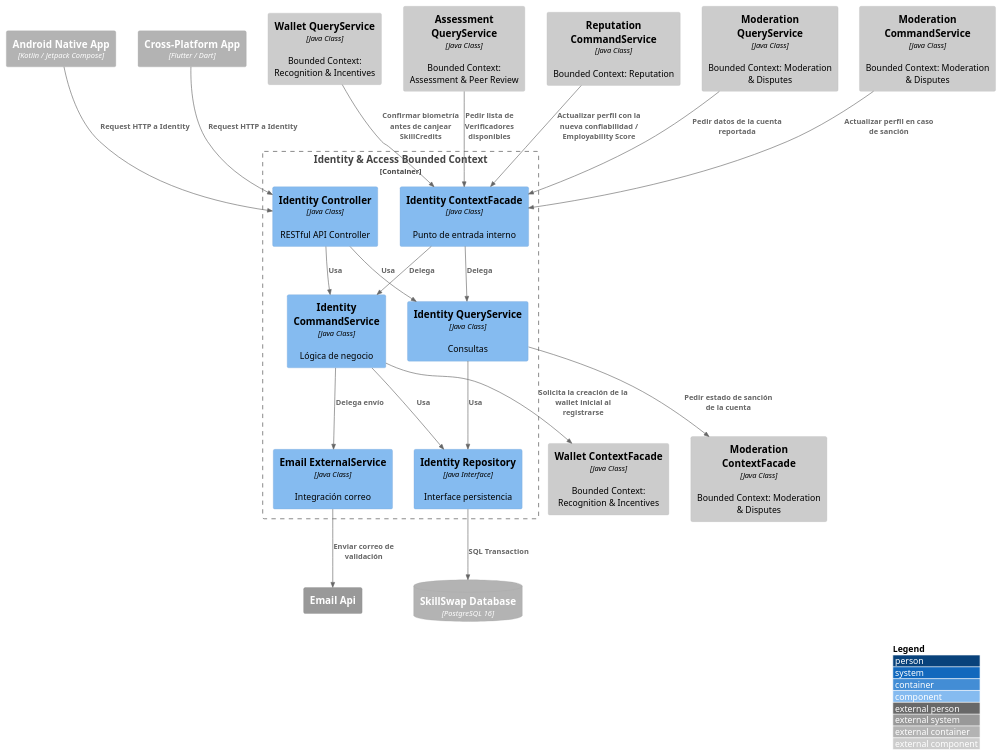
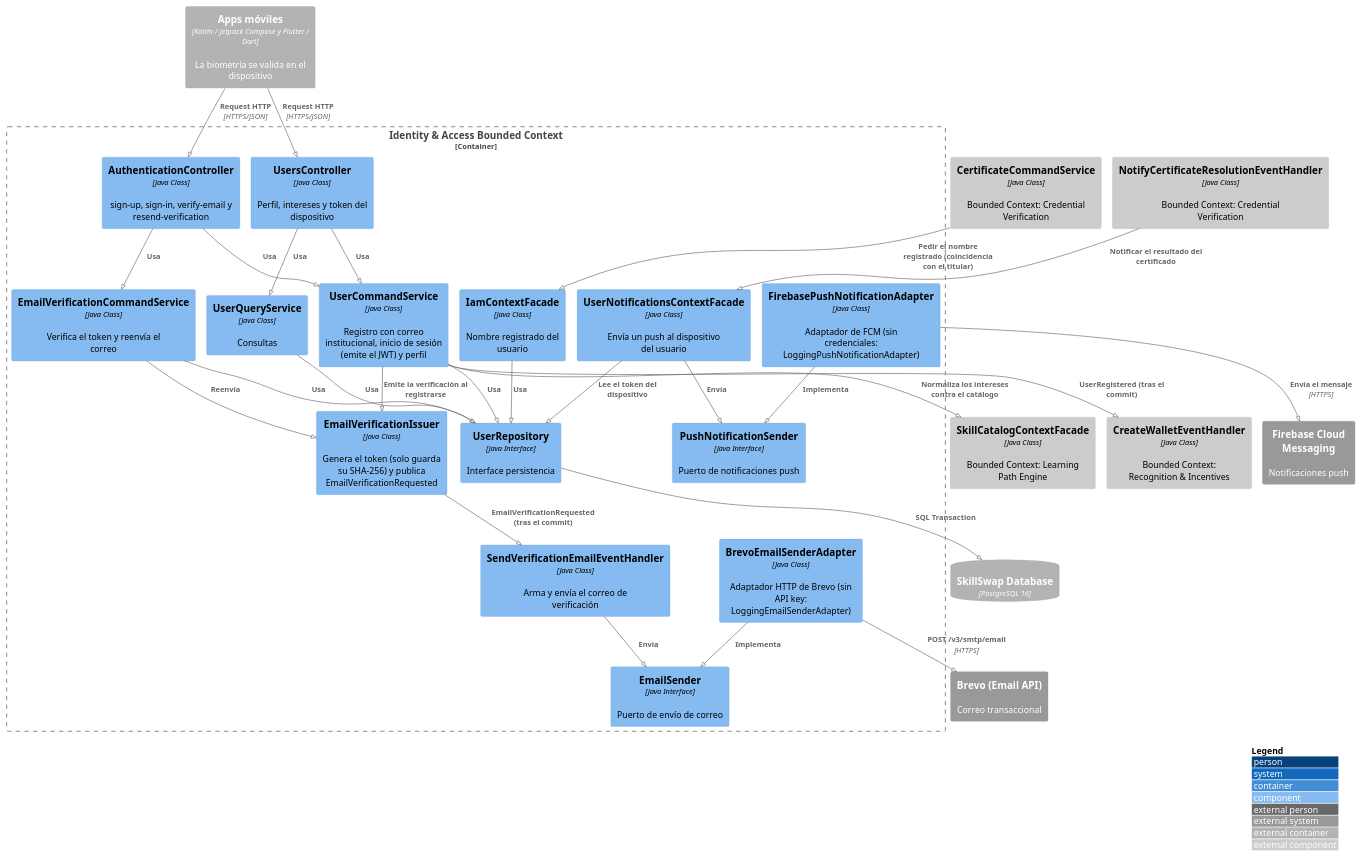
One commit to Aplicaciones-Dispositivos-Moviles/SkillSwap-ProjectReport changed the diagram in DB&C4/Component Diagram — Identity & Access.puml. Above: the diagram before and after it, drawn with PlantUML. The commit also changed 25 other files, not shown here.

First line of the commit message:
docs(images): regenerate C4, context map and component diagrams

```diff
--- a/DB&C4/Component Diagram — Identity & Access.puml
+++ b/DB&C4/Component Diagram — Identity & Access.puml
@@ -1,52 +1,66 @@
 @startuml IdentityComponent
+!pragma layout smetana
 !include https://raw.githubusercontent.com/plantuml-stdlib/C4-PlantUML/master/C4_Component.puml
 
 LAYOUT_WITH_LEGEND()
 
-Container_Ext(androidApp, "Android Native App", "Kotlin / Jetpack Compose")
-Container_Ext(flutterApp, "Cross-Platform App", "Flutter / Dart")
+Container_Ext(mobileApps, "Apps móviles", "Kotlin / Jetpack Compose y Flutter / Dart", "La biometría se valida en el dispositivo")
 ContainerDb_Ext(mainDB, "SkillSwap Database", "PostgreSQL 16")
-System_Ext(emailService, "Email Api")
+System_Ext(brevo, "Brevo (Email API)", "Correo transaccional")
+System_Ext(fcm, "Firebase Cloud Messaging", "Notificaciones push")
 
 Container_Boundary(identityBC, "Identity & Access Bounded Context") {
-    Component(identityController, "Identity Controller", "Java Class", "RESTful API Controller")
-    Component(identityCommandService, "Identity CommandService", "Java Class", "Lógica de negocio")
-    Component(identityQueryService, "Identity QueryService", "Java Class", "Consultas")
-    Component(identityRepository, "Identity Repository", "Java Interface", "Interface persistencia")
-    Component(emailExternal, "Email ExternalService", "Java Class", "Integración correo")
-    Component(identityContextFacade, "Identity ContextFacade", "Java Class", "Punto de entrada interno")
+    Component(authController, "AuthenticationController", "Java Class", "sign-up, sign-in, verify-email y resend-verification")
+    Component(usersController, "UsersController", "Java Class", "Perfil, intereses y token del dispositivo")
+    Component(userCommandService, "UserCommandService", "Java Class", "Registro con correo institucional, inicio de sesión (emite el JWT) y perfil")
+    Component(emailVerificationCommandService, "EmailVerificationCommandService", "Java Class", "Verifica el token y reenvía el correo")
+    Component(emailVerificationIssuer, "EmailVerificationIssuer", "Java Class", "Genera el token (solo guarda su SHA-256) y publica EmailVerificationRequested")
+    Component(userQueryService, "UserQueryService", "Java Class", "Consultas")
+    Component(sendVerificationEmailHandler, "SendVerificationEmailEventHandler", "Java Class", "Arma y envía el correo de verificación")
+    Component(emailSender, "EmailSender", "Java Interface", "Puerto de envío de correo")
+    Component(brevoAdapter, "BrevoEmailSenderAdapter", "Java Class", "Adaptador HTTP de Brevo (sin API key: LoggingEmailSenderAdapter)")
+    Component(pushSender, "PushNotificationSender", "Java Interface", "Puerto de notificaciones push")
+    Component(firebaseAdapter, "FirebasePushNotificationAdapter", "Java Class", "Adaptador de FCM (sin credenciales: LoggingPushNotificationAdapter)")
+    Component(userRepository, "UserRepository", "Java Interface", "Interface persistencia")
+    Component(iamFacade, "IamContextFacade", "Java Class", "Nombre registrado del usuario")
+    Component(notificationsFacade, "UserNotificationsContextFacade", "Java Class", "Envía un push al dispositivo del usuario")
 }
 
-Component_Ext(walletContextFacade, "Wallet ContextFacade", "Java Class", "Bounded Context: Recognition & Incentives")
-Component_Ext(moderationContextFacade, "Moderation ContextFacade", "Java Class", "Bounded Context: Moderation & Disputes")
+Component_Ext(skillCatalogFacade, "SkillCatalogContextFacade", "Java Class", "Bounded Context: Learning Path Engine")
+Component_Ext(certificateCommandService, "CertificateCommandService", "Java Class", "Bounded Context: Credential Verification")
+Component_Ext(notifyCertificateHandler, "NotifyCertificateResolutionEventHandler", "Java Class", "Bounded Context: Credential Verification")
+Component_Ext(createWalletHandler, "CreateWalletEventHandler", "Java Class", "Bounded Context: Recognition & Incentives")
 
-Component_Ext(assessmentQueryService, "Assessment QueryService", "Java Class", "Bounded Context: Assessment & Peer Review")
-Component_Ext(reputationCommandService, "Reputation CommandService", "Java Class", "Bounded Context: Reputation")
-Component_Ext(moderationQueryService, "Moderation QueryService", "Java Class", "Bounded Context: Moderation & Disputes")
-Component_Ext(moderationCommandService, "Moderation CommandService", "Java Class", "Bounded Context: Moderation & Disputes")
-Component_Ext(walletQueryService, "Wallet QueryService", "Java Class", "Bounded Context: Recognition & Incentives")
+Rel(mobileApps, authController, "Request HTTP", "HTTPS/JSON")
+Rel(mobileApps, usersController, "Request HTTP", "HTTPS/JSON")
 
-Rel(androidApp, identityController, "Request HTTP a Identity")
-Rel(flutterApp, identityController, "Request HTTP a Identity")
-Rel(identityController, identityCommandService, "Usa")
-Rel(identityController, identityQueryService, "Usa")
-Rel(identityCommandService, identityRepository, "Usa")
-Rel(identityQueryService, identityRepository, "Usa")
-Rel(identityRepository, mainDB, "SQL Transaction")
+Rel(authController, userCommandService, "Usa")
+Rel(authController, emailVerificationCommandService, "Usa")
+Rel(usersController, userCommandService, "Usa")
+Rel(usersController, userQueryService, "Usa")
 
-Rel(identityCommandService, emailExternal, "Delega envío")
-Rel(emailExternal, emailService, "Enviar correo de validación")
+Rel(userCommandService, emailVerificationIssuer, "Emite la verificación al registrarse")
+Rel(emailVerificationCommandService, emailVerificationIssuer, "Reenvía")
+Rel(userCommandService, skillCatalogFacade, "Normaliza los intereses contra el catálogo")
+Rel(userCommandService, userRepository, "Usa")
+Rel(emailVerificationCommandService, userRepository, "Usa")
+Rel(userQueryService, userRepository, "Usa")
+Rel(userRepository, mainDB, "SQL Transaction")
 
-Rel(identityCommandService, walletContextFacade, "Solicita la creación de la wallet inicial al registrarse")
-Rel(identityQueryService, moderationContextFacade, "Pedir estado de sanción de la cuenta")
+Rel(emailVerificationIssuer, sendVerificationEmailHandler, "EmailVerificationRequested (tras el commit)")
+Rel(sendVerificationEmailHandler, emailSender, "Envía")
+Rel(brevoAdapter, emailSender, "Implementa")
+Rel(brevoAdapter, brevo, "POST /v3/smtp/email", "HTTPS")
 
-Rel(identityContextFacade, identityCommandService, "Delega")
-Rel(identityContextFacade, identityQueryService, "Delega")
+Rel(userCommandService, createWalletHandler, "UserRegistered (tras el commit)")
 
-Rel(assessmentQueryService, identityContextFacade, "Pedir lista de Verificadores disponibles")
-Rel(reputationCommandService, identityContextFacade, "Actualizar perfil con la nueva confiabilidad / Employability Score")
-Rel(moderationQueryService, identityContextFacade, "Pedir datos de la cuenta reportada")
-Rel(moderationCommandService, identityContextFacade, "Actualizar perfil en caso de sanción")
-Rel(walletQueryService, identityContextFacade, "Confirmar biometría antes de canjear SkillCredits")
+Rel(iamFacade, userRepository, "Usa")
+Rel(notificationsFacade, userRepository, "Lee el token del dispositivo")
+Rel(notificationsFacade, pushSender, "Envía")
+Rel(firebaseAdapter, pushSender, "Implementa")
+Rel(firebaseAdapter, fcm, "Envía el mensaje", "HTTPS")
+
+Rel(certificateCommandService, iamFacade, "Pedir el nombre registrado (coincidencia con el titular)")
+Rel(notifyCertificateHandler, notificationsFacade, "Notificar el resultado del certificado")
 
 @enduml
```
